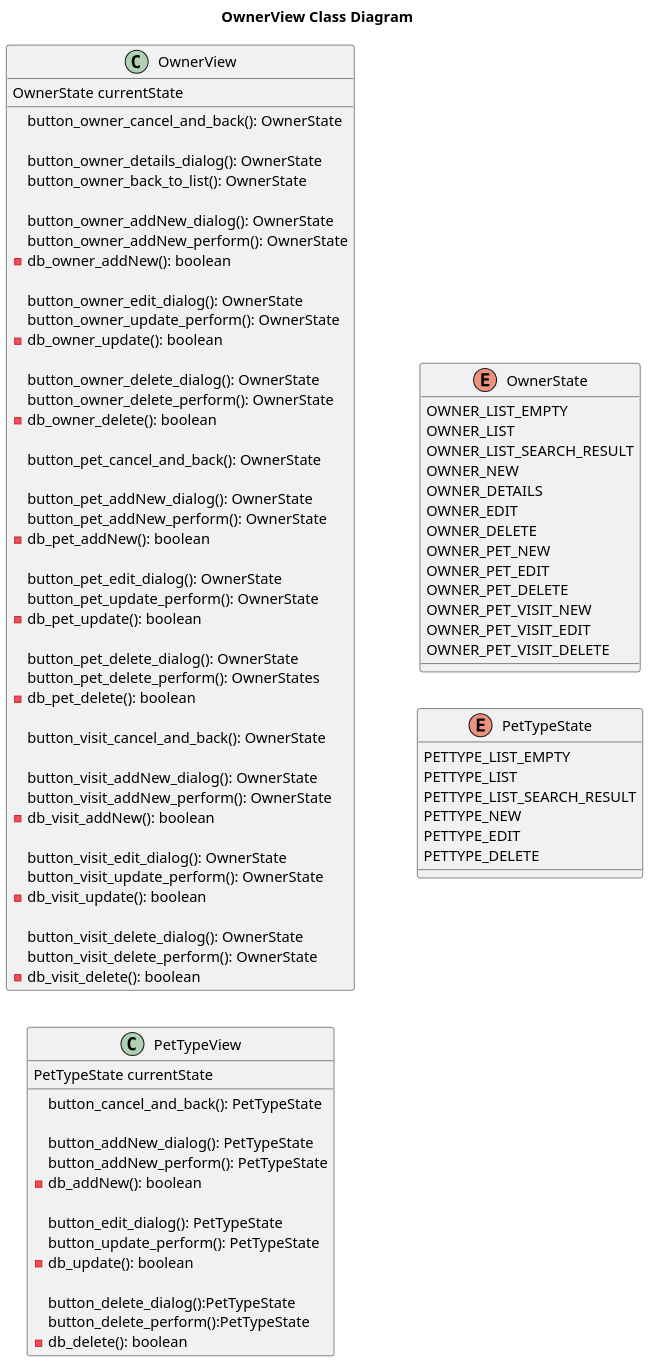
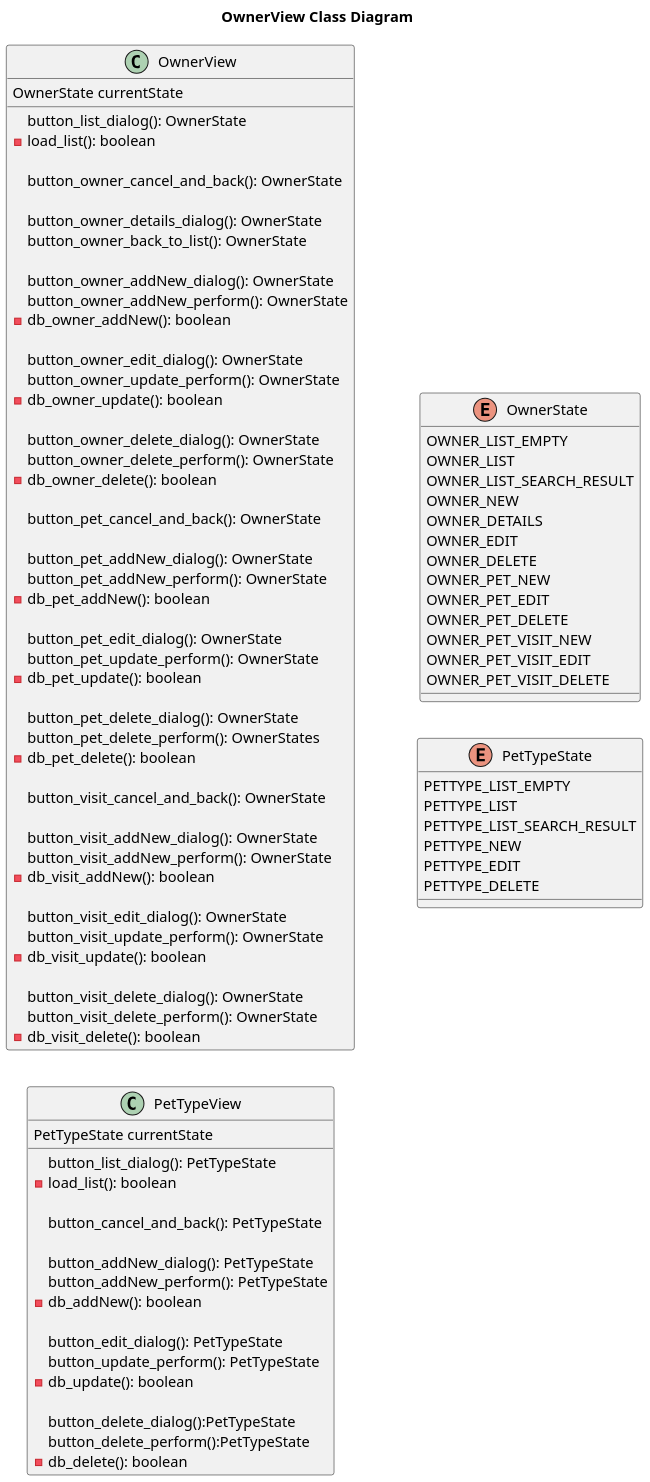
Before and after one commit to Jakarta-EE-Petclinic/petclinic-uml: the diagram in puml/owner/implementation/View__Class.puml, drawn with PlantUML. The commit also changed 2 other files, not shown here.

```diff
--- a/puml/owner/implementation/View__Class.puml
+++ b/puml/owner/implementation/View__Class.puml
@@ -1,109 +1,115 @@
 @startuml
 
 
 title OwnerView Class Diagram
 'https://plantuml.com/class-diagram
 
 left to right direction
 'top to bottom direction
 
 scale 1000 width
 
 class OwnerView {
 
     OwnerState currentState
+
+    button_list_dialog(): OwnerState
+    - load_list(): boolean
 
     button_owner_cancel_and_back(): OwnerState
 
     button_owner_details_dialog(): OwnerState
     button_owner_back_to_list(): OwnerState
 
     button_owner_addNew_dialog(): OwnerState
     button_owner_addNew_perform(): OwnerState
     -db_owner_addNew(): boolean
 
     button_owner_edit_dialog(): OwnerState
     button_owner_update_perform(): OwnerState
     - db_owner_update(): boolean
 
     button_owner_delete_dialog(): OwnerState
     button_owner_delete_perform(): OwnerState
     - db_owner_delete(): boolean
 
     button_pet_cancel_and_back(): OwnerState
 
     button_pet_addNew_dialog(): OwnerState
     button_pet_addNew_perform(): OwnerState
     - db_pet_addNew(): boolean
 
     button_pet_edit_dialog(): OwnerState
     button_pet_update_perform(): OwnerState
     - db_pet_update(): boolean
 
     button_pet_delete_dialog(): OwnerState
     button_pet_delete_perform(): OwnerStates
     - db_pet_delete(): boolean
 
     button_visit_cancel_and_back(): OwnerState
 
     button_visit_addNew_dialog(): OwnerState
     button_visit_addNew_perform(): OwnerState
     - db_visit_addNew(): boolean
 
     button_visit_edit_dialog(): OwnerState
     button_visit_update_perform(): OwnerState
    - db_visit_update(): boolean
 
     button_visit_delete_dialog(): OwnerState
     button_visit_delete_perform(): OwnerState
     - db_visit_delete(): boolean
 }
 
 class PetTypeView {
 
     PetTypeState currentState
 
+    button_list_dialog(): PetTypeState
+    - load_list(): boolean
+
     button_cancel_and_back(): PetTypeState
 
     button_addNew_dialog(): PetTypeState
     button_addNew_perform(): PetTypeState
     - db_addNew(): boolean
 
     button_edit_dialog(): PetTypeState
     button_update_perform(): PetTypeState
     - db_update(): boolean
 
     button_delete_dialog():PetTypeState
     button_delete_perform():PetTypeState
     - db_delete(): boolean
 }
 
 
 enum OwnerState {
     OWNER_LIST_EMPTY
     OWNER_LIST
     OWNER_LIST_SEARCH_RESULT
     OWNER_NEW
     OWNER_DETAILS
     OWNER_EDIT
     OWNER_DELETE
     OWNER_PET_NEW
     OWNER_PET_EDIT
     OWNER_PET_DELETE
     OWNER_PET_VISIT_NEW
     OWNER_PET_VISIT_EDIT
     OWNER_PET_VISIT_DELETE
 }
 
 enum PetTypeState {
     PETTYPE_LIST_EMPTY
     PETTYPE_LIST
     PETTYPE_LIST_SEARCH_RESULT
     PETTYPE_NEW
     PETTYPE_EDIT
     PETTYPE_DELETE
 }
 
 
 
 @enduml
```
